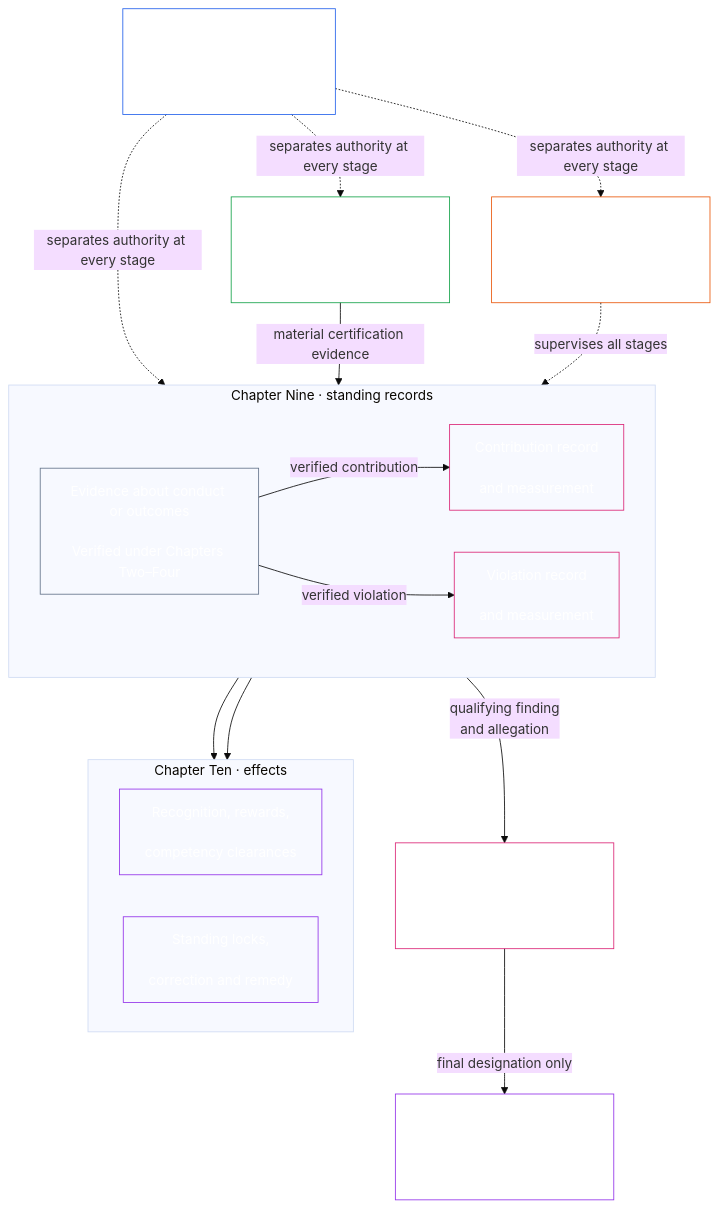
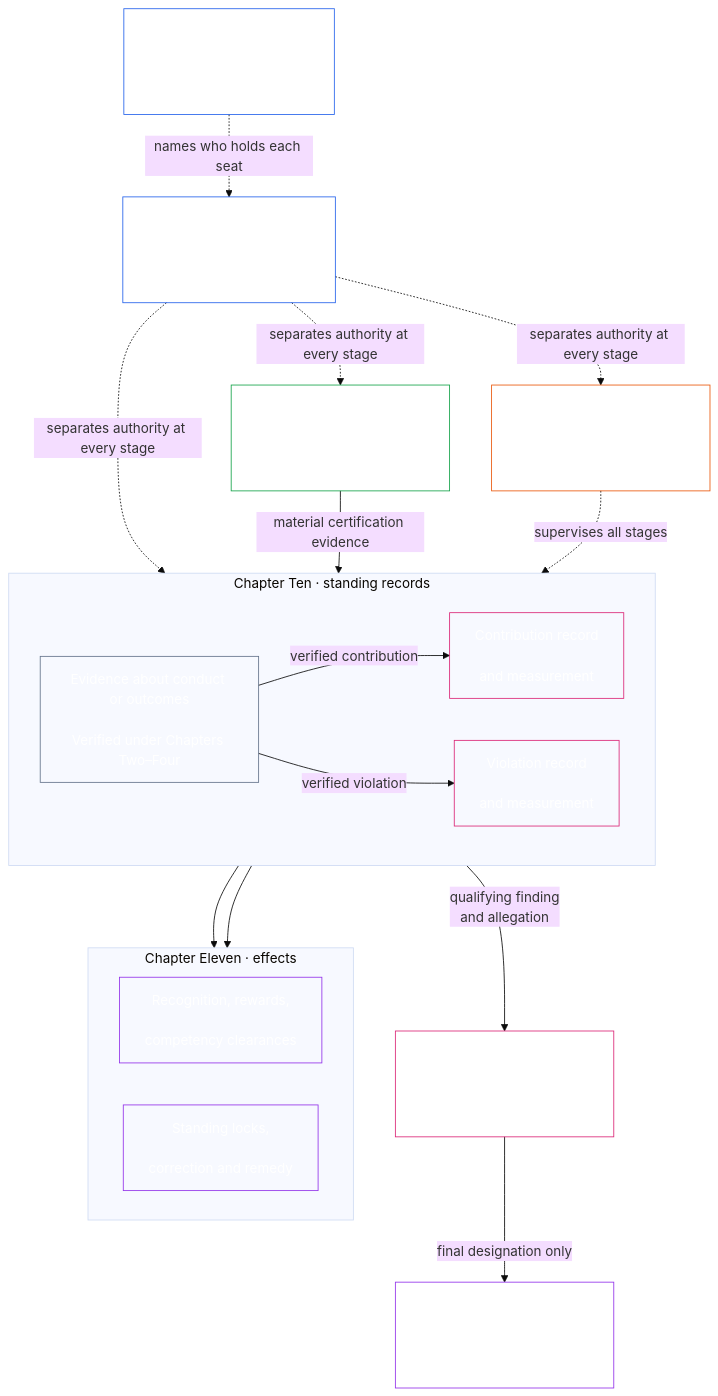
One commit to kfoelsch/Sentient_Constitution changed diagram 15 of 24 in guides/CONCEPTUAL_OVERVIEW.md. Above: the diagram before and after it, drawn with Mermaid (base theme). The commit also changed other lines of this file and 799 other files, not shown here.

````diff
--- a/guides/CONCEPTUAL_OVERVIEW.md
+++ b/guides/CONCEPTUAL_OVERVIEW.md
@@ -710,40 +710,43 @@
 ```mermaid
 flowchart TB
-    D["Chapter Seven<br/><br/>Functional independence<br/>and segregation of duties"]
-    S["Chapter Eight<br/><br/>System alignment certification"]
-    subgraph Q["Chapter Nine · standing records"]
+    K["Chapter Seven<br/><br/>Charter: published scope<br/>and seat map"]
+    D["Chapter Eight<br/><br/>Functional independence<br/>and segregation of duties"]
+    S["Chapter Nine<br/><br/>System alignment certification"]
+    subgraph Q["Chapter Ten · standing records"]
         direction LR
         E["Evidence about conduct or outcomes<br/><br/>Verified under Chapters Two–Four"]
         C["Contribution record<br/><br/>and measurement"]
         V["Violation record<br/><br/>and measurement"]
     end
-    subgraph N["Chapter Ten · effects"]
+    subgraph N["Chapter Eleven · effects"]
         direction LR
         U["Recognition, rewards,<br/><br/>competency clearances"]
         R["Standing locks,<br/><br/>correction and remedy"]
     end
-    M["Chapter Eleven<br/><br/>Anti-constitutional misconduct review"]
-    L["Chapter Ten<br/><br/>Anti-Constitutional Trust Lock"]
-    F["Chapter Twelve forums<br/><br/>Supervision, challenge and timely review"]
+    M["Chapter Twelve<br/><br/>Anti-constitutional misconduct review"]
+    L["Chapter Eleven<br/><br/>Anti-Constitutional Trust Lock"]
+    F["Chapter Thirteen forums<br/><br/>Supervision, challenge and timely review"]
+    K -.->|names who holds each seat| D
     D -.->|separates authority at every stage| S
     D -.->|separates authority at every stage| E
     D -.->|separates authority at every stage| F
     C --> U
     V --> R
     M -->|final designation only| L
     V -->|qualifying finding<br/>and allegation| M
     S -->|material certification evidence| E
     E -->|verified contribution| C
     E -->|verified violation| V
     F -.->|supervises all stages| E
+    style K fill:none,stroke:#2563eb,color:#ffffff
     style D fill:none,stroke:#2563eb,color:#ffffff
     style S fill:none,stroke:#16a34a,color:#ffffff
     style E fill:none,stroke:#64748b,color:#ffffff
     style C fill:none,stroke:#db2777,color:#ffffff
     style V fill:none,stroke:#db2777,color:#ffffff
     style U fill:none,stroke:#9333ea,color:#ffffff
     style R fill:none,stroke:#9333ea,color:#ffffff
     style M fill:none,stroke:#db2777,color:#ffffff
     style L fill:none,stroke:#9333ea,color:#ffffff
     style F fill:none,stroke:#ea580c,color:#ffffff
 ```
````
